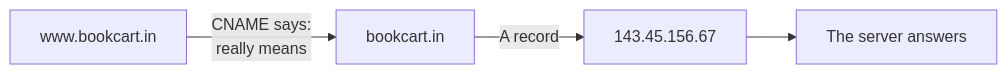
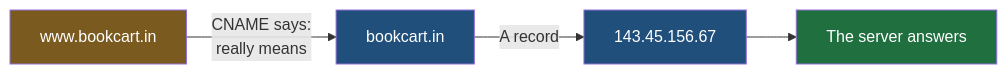
One commit to Dummy-Bug/system-design-handbook changed the second of 6 diagrams in Devops/04-Networking/05-DNS-Records.md. Above: the diagram before and after it, drawn with Mermaid. The commit also changed other lines of this file and 53 other files, not shown here.

````diff
--- a/Devops/04-Networking/05-DNS-Records.md
+++ b/Devops/04-Networking/05-DNS-Records.md
@@ -109,6 +116,10 @@
 ```mermaid
 flowchart LR
     W["www.bookcart.in"] -->|"CNAME says:<br/>really means"| APEX["bookcart.in"]
     APEX -->|"A record"| IP["143.45.156.67"]
     IP --> SRV["The server answers"]
+    style W fill:#7a5a1f,color:#fff
+    style APEX fill:#1f4f7a,color:#fff
+    style IP fill:#1f4f7a,color:#fff
+    style SRV fill:#1f6f3f,color:#fff
 ```
````
